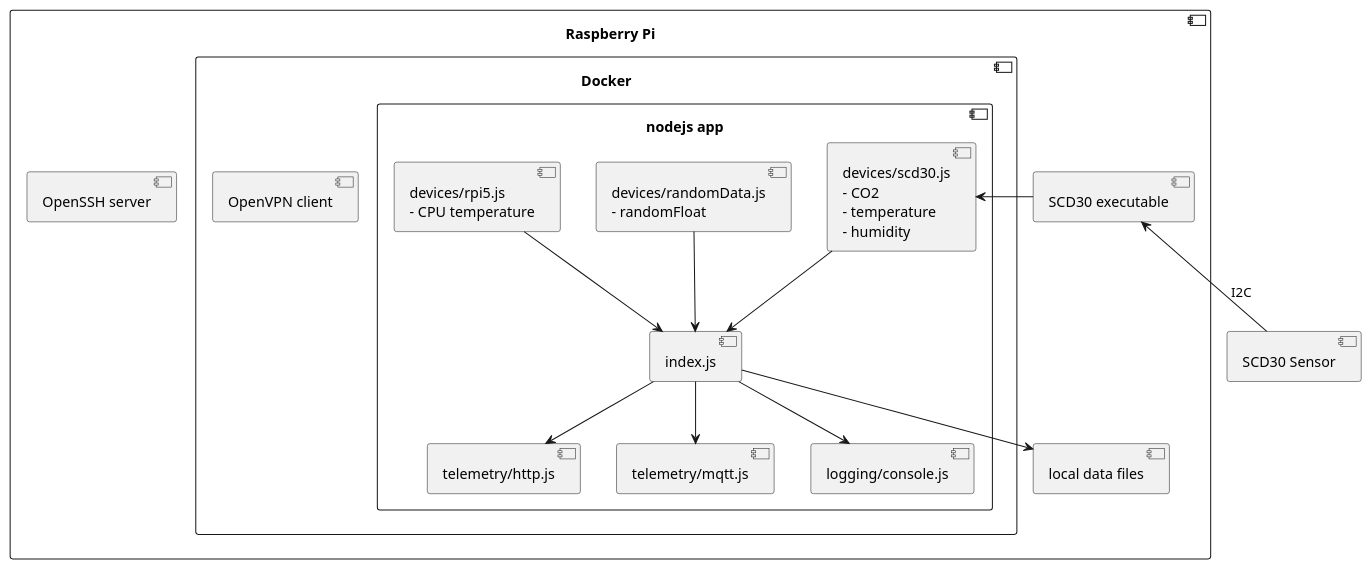
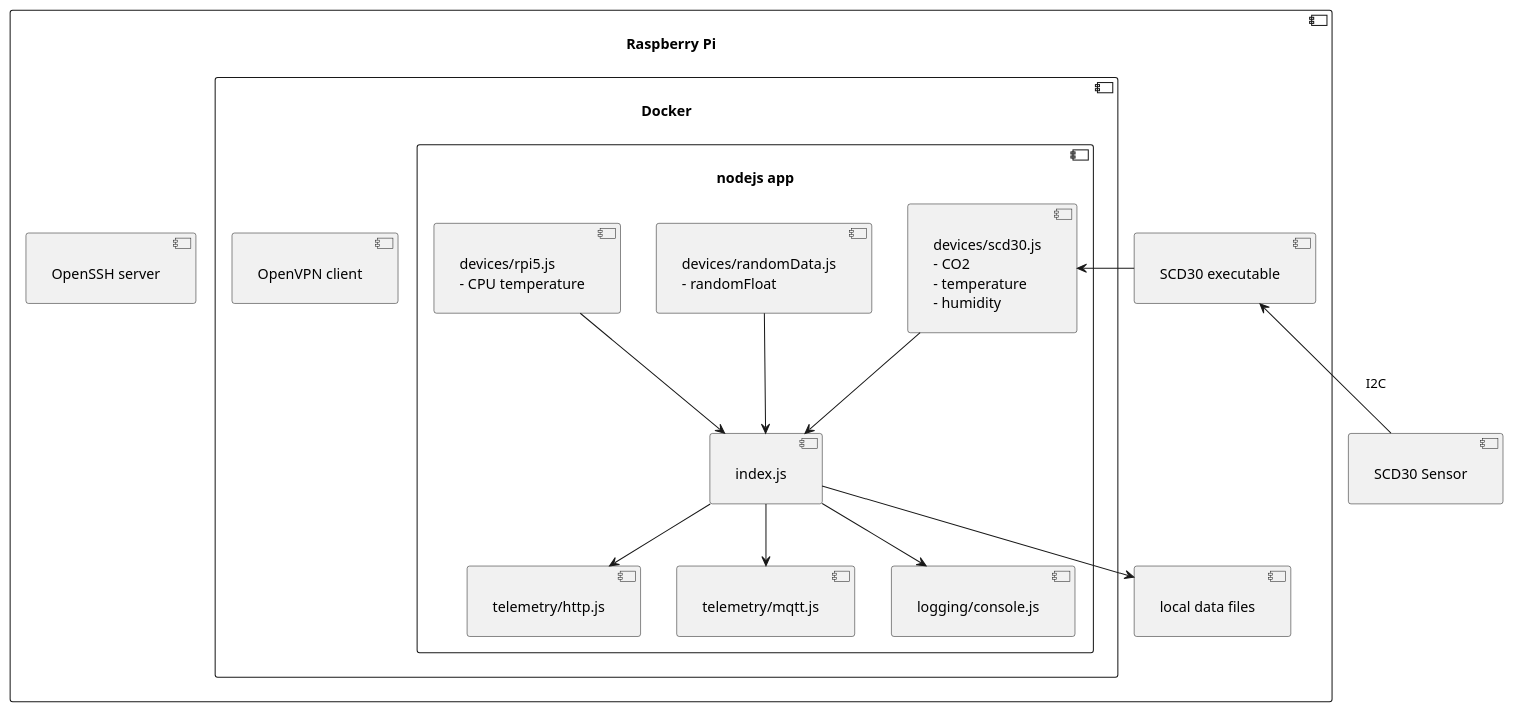
One commit to mika-leskinen/iot-test changed the diagram in docs/raspberry-pi.puml. Above: the diagram before and after it, drawn with PlantUML. The commit also changed 3 other files, not shown here.

Commit message:
Add architecture images

```diff
--- a/docs/raspberry-pi.puml
+++ b/docs/raspberry-pi.puml
@@ -1,65 +1,67 @@
 @startuml "raspberry-pi"
+
+skinparam padding 10
 
 component "Raspberry Pi" {
   component "Docker" {
     component "nodejs app" {
       component randomData.js [
         devices/randomData.js
         - randomFloat
       ]
 
       component rpi5.js [
         devices/rpi5.js
         - CPU temperature
       ]
 
       component scd30.js [
         devices/scd30.js
         - CO2
         - temperature
         - humidity
       ]
 
       component http [
         telemetry/http.js
       ]
 
       component mqtt [
         telemetry/mqtt.js
       ]
 
       component console [
         logging/console.js
       ]
 
       component index.js
     }
     component "OpenVPN client"
   }
 
   component "SCD30 executable"
   
   component datafiles [
     local data files
   ]
   
   component "OpenSSH server"
 }
 
 component "SCD30 Sensor"
 
 ' connections
 
 [scd30.js] --> [index.js]
 [randomData.js] --> [index.js]
 [rpi5.js] --> [index.js]
 
 [index.js] --> mqtt
 [index.js] --> http
 [index.js] --> datafiles
 [index.js] --> [console]
 
 [SCD30 executable] <-- [SCD30 Sensor] : I2C
 [scd30.js] <- [SCD30 executable]
 
 @enduml
```
